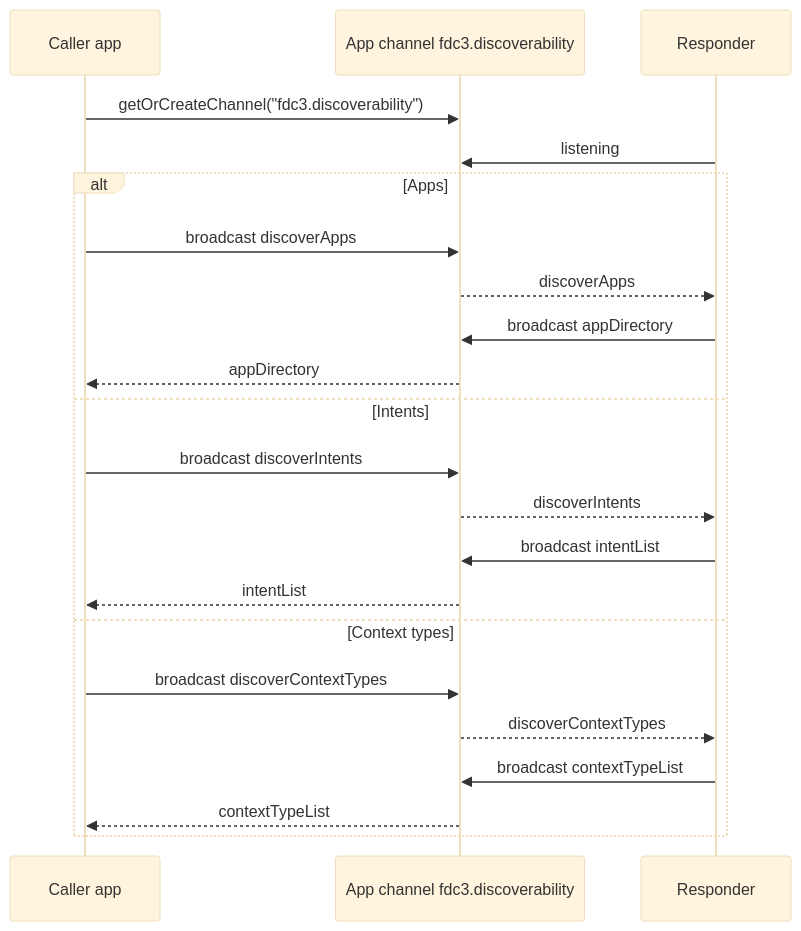
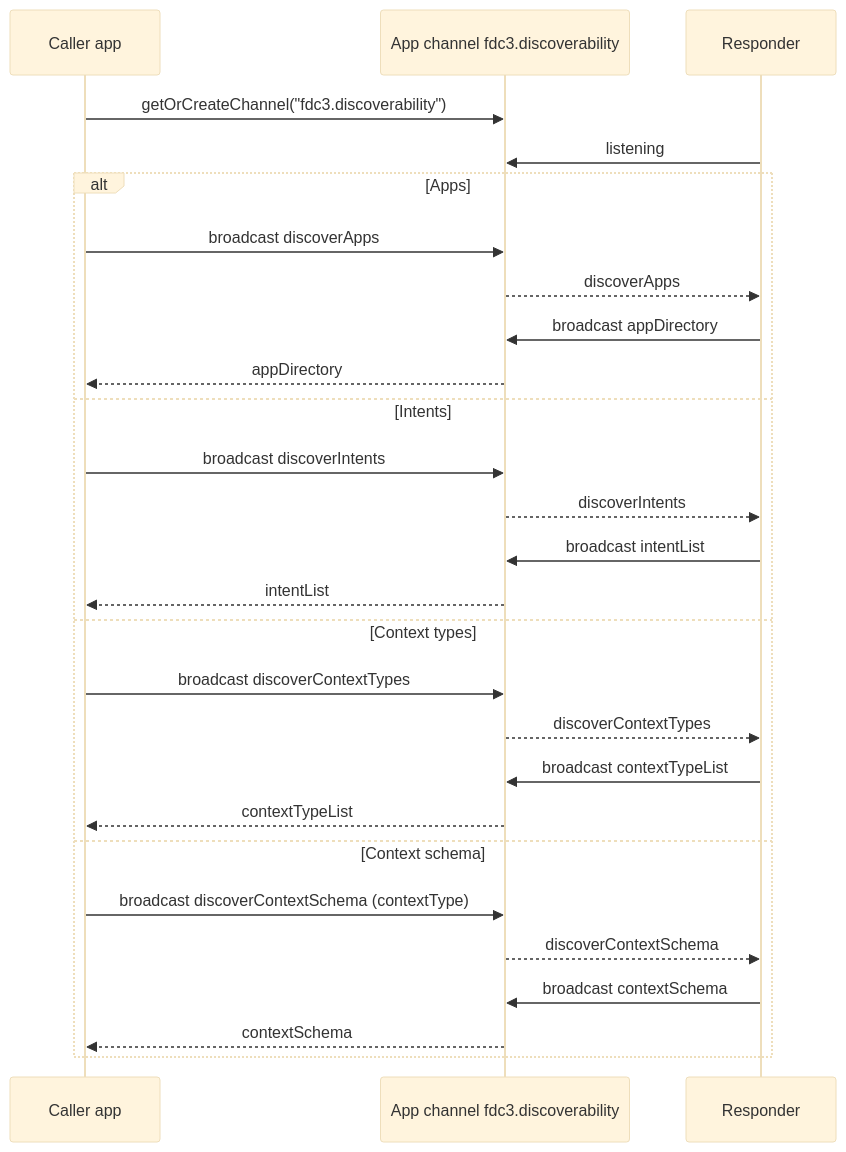
The diagram in examples/aipa/fdc3-extensions/fdc3.discoverability/README.md (risk-first/ten-factor-governance), drawn with Mermaid (base theme) before and after one commit. The commit also changed other lines of this file and 32 other files, not shown here.

````diff
--- a/examples/aipa/fdc3-extensions/fdc3.discoverability/README.md
+++ b/examples/aipa/fdc3-extensions/fdc3.discoverability/README.md
@@ -15,24 +15,29 @@
 ```mermaid
 sequenceDiagram
   participant App as Caller app
   participant Ch as App channel fdc3.discoverability
   participant R as Responder
   App->>Ch: getOrCreateChannel("fdc3.discoverability")
   R->>Ch: listening
   alt Apps
     App->>Ch: broadcast discoverApps
     Ch-->>R: discoverApps
     R->>Ch: broadcast appDirectory
     Ch-->>App: appDirectory
   else Intents
     App->>Ch: broadcast discoverIntents
     Ch-->>R: discoverIntents
     R->>Ch: broadcast intentList
     Ch-->>App: intentList
   else Context types
     App->>Ch: broadcast discoverContextTypes
     Ch-->>R: discoverContextTypes
     R->>Ch: broadcast contextTypeList
     Ch-->>App: contextTypeList
+  else Context schema
+    App->>Ch: broadcast discoverContextSchema (contextType)
+    Ch-->>R: discoverContextSchema
+    R->>Ch: broadcast contextSchema
+    Ch-->>App: contextSchema
   end
 ```
````
